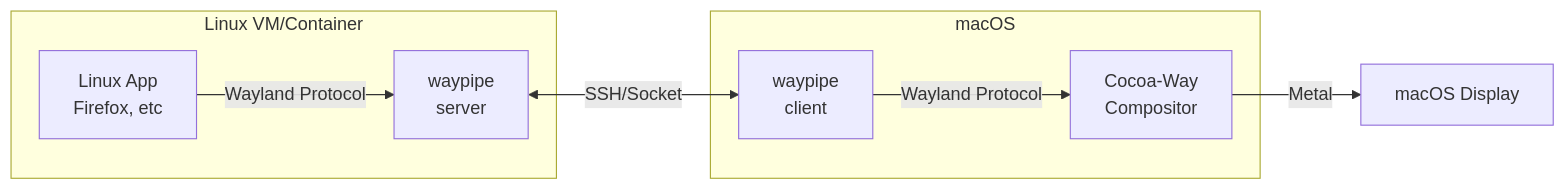
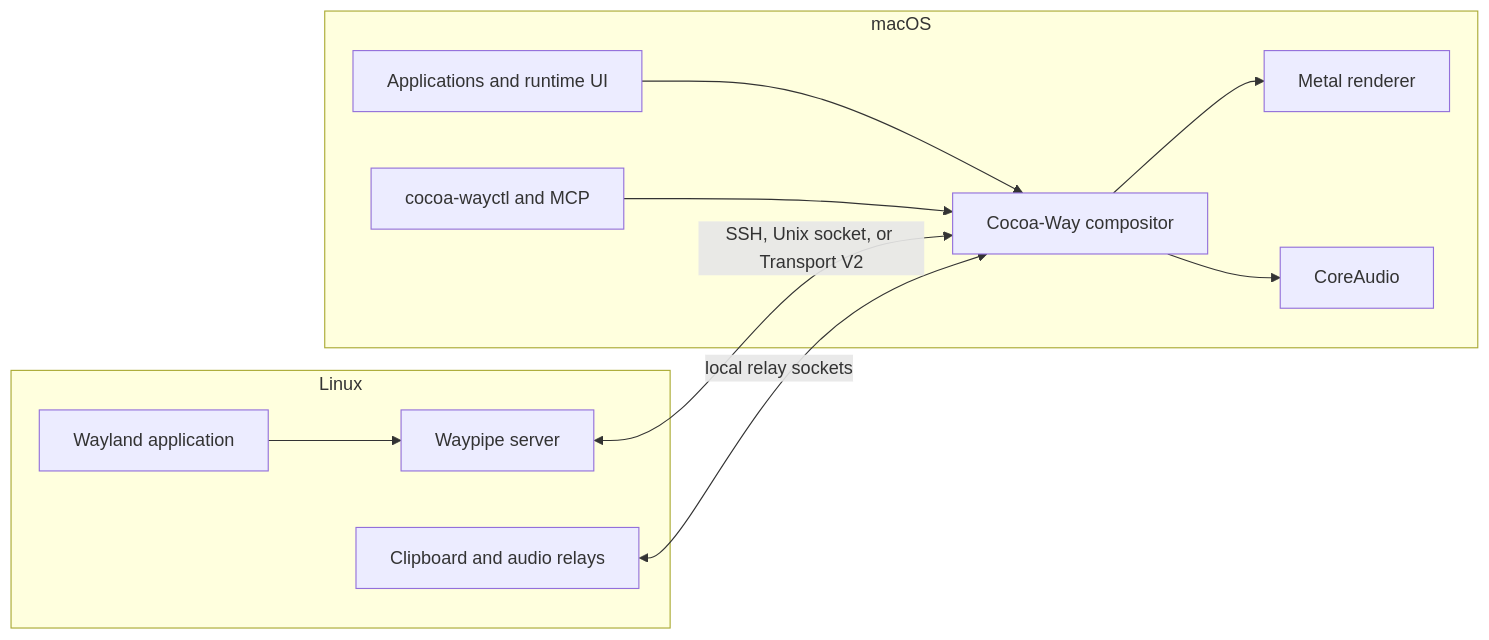
The diagram in README.md (GT-610/cocoa-way), drawn with Mermaid before and after one commit. The commit also changed other lines of this file and 29 other files, not shown here.

Commit message:
Ship Cocoa-Way 2.0

````diff
--- a/README.md
+++ b/README.md
@@ -126,17 +164,24 @@
 ```mermaid
 graph LR
     subgraph macOS
-        CW[Cocoa-Way<br/>Compositor]
-        WP1[waypipe<br/>client]
+        UI[Applications and runtime UI]
+        API[cocoa-wayctl and MCP]
+        CW[Cocoa-Way compositor]
+        Metal[Metal renderer]
+        Audio[CoreAudio]
     end
-  
-    subgraph Linux VM/Container
-        WP2[waypipe<br/>server]
-        APP[Linux App<br/>Firefox, etc]
+
+    subgraph Linux
+        App[Wayland application]
+        WPServer[Waypipe server]
+        Helpers[Clipboard and audio relays]
     end
-  
-    APP -->|Wayland Protocol| WP2
-    WP2 <-->|SSH/Socket| WP1
-    WP1 -->|Wayland Protocol| CW
-    CW -->|Metal| Display[macOS Display]
+
+    UI --> CW
+    API --> CW
+    App --> WPServer
+    WPServer <-->|SSH, Unix socket, or Transport V2| CW
+    Helpers <-->|local relay sockets| CW
+    CW --> Metal
+    CW --> Audio
 ```
````
